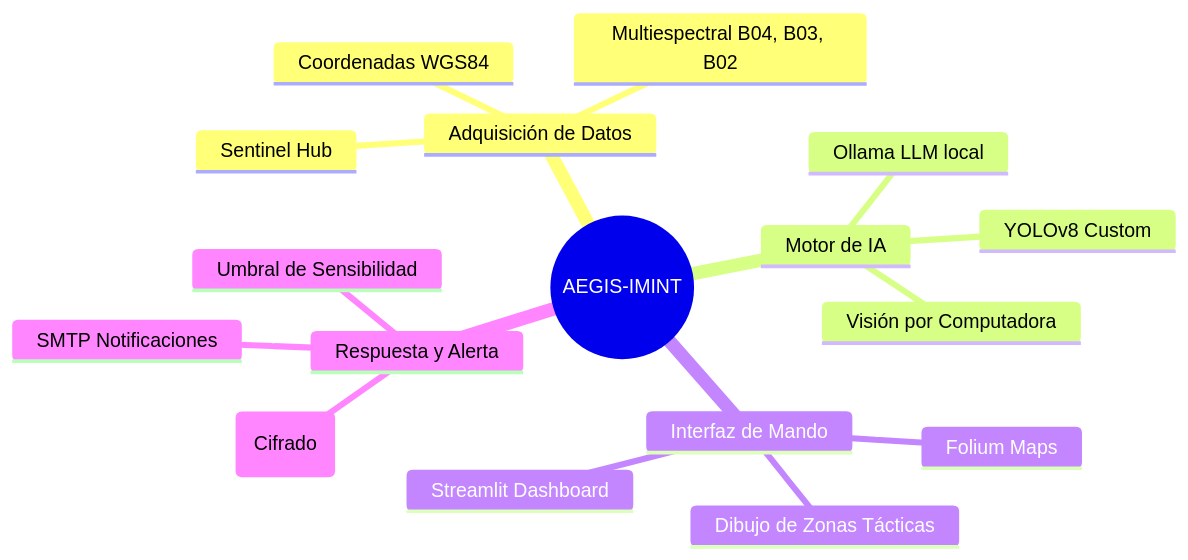
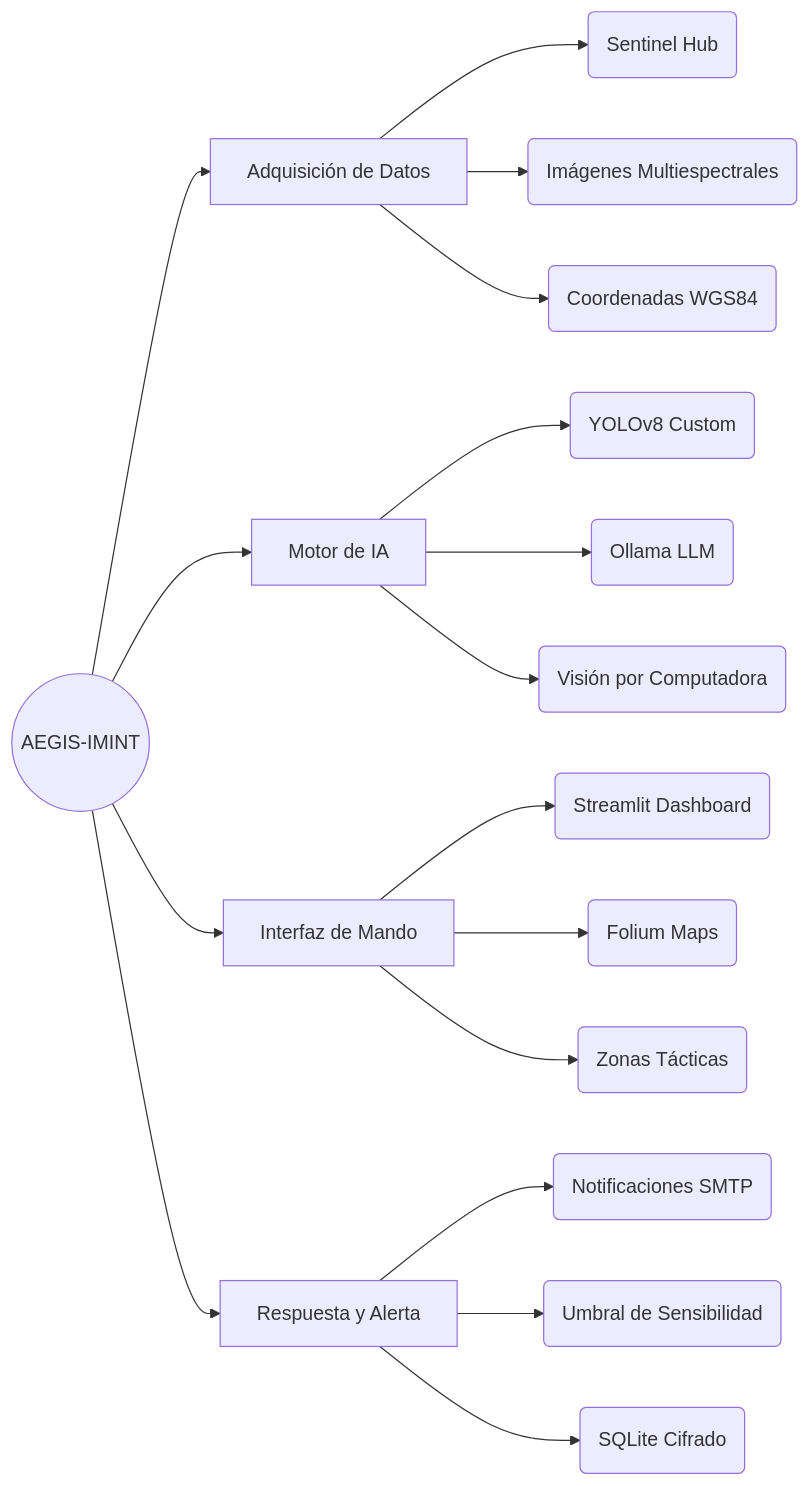
Before and after one commit to murdok1982/MonitoreoSatelitalMilitar: the first of 3 diagrams in README.md, drawn with Mermaid. The commit also changed other lines of this file, not shown here.

Commit message:
fix: corregir imagen y renderizado de diagramas mermaid

````diff
--- a/README.md
+++ b/README.md
@@ -36,20 +36,23 @@
 ```mermaid
-mindmap
-  root((AEGIS-IMINT))
-    Adquisición de Datos
-      Sentinel Hub
-      Multiespectral B04, B03, B02
-      Coordenadas WGS84
-    Motor de IA
-      YOLOv8 Custom
-      Ollama LLM local
-      Visión por Computadora
-    Interfaz de Mando
-      Streamlit Dashboard
-      Folium Maps
-      Dibujo de Zonas Tácticas
-    Respuesta y Alerta
-      SMTP Notificaciones
-      Umbral de Sensibilidad
-      Registro en SQLite (Cifrado)
+graph LR
+    A((AEGIS-IMINT))
+    A --> B[Adquisición de Datos]
+    B --> B1(Sentinel Hub)
+    B --> B2(Imágenes Multiespectrales)
+    B --> B3(Coordenadas WGS84)
+
+    A --> C[Motor de IA]
+    C --> C1(YOLOv8 Custom)
+    C --> C2(Ollama LLM)
+    C --> C3(Visión por Computadora)
+
+    A --> D[Interfaz de Mando]
+    D --> D1(Streamlit Dashboard)
+    D --> D2(Folium Maps)
+    D --> D3(Zonas Tácticas)
+
+    A --> E[Respuesta y Alerta]
+    E --> E1(Notificaciones SMTP)
+    E --> E2(Umbral de Sensibilidad)
+    E --> E3(SQLite Cifrado)
 ```
````
